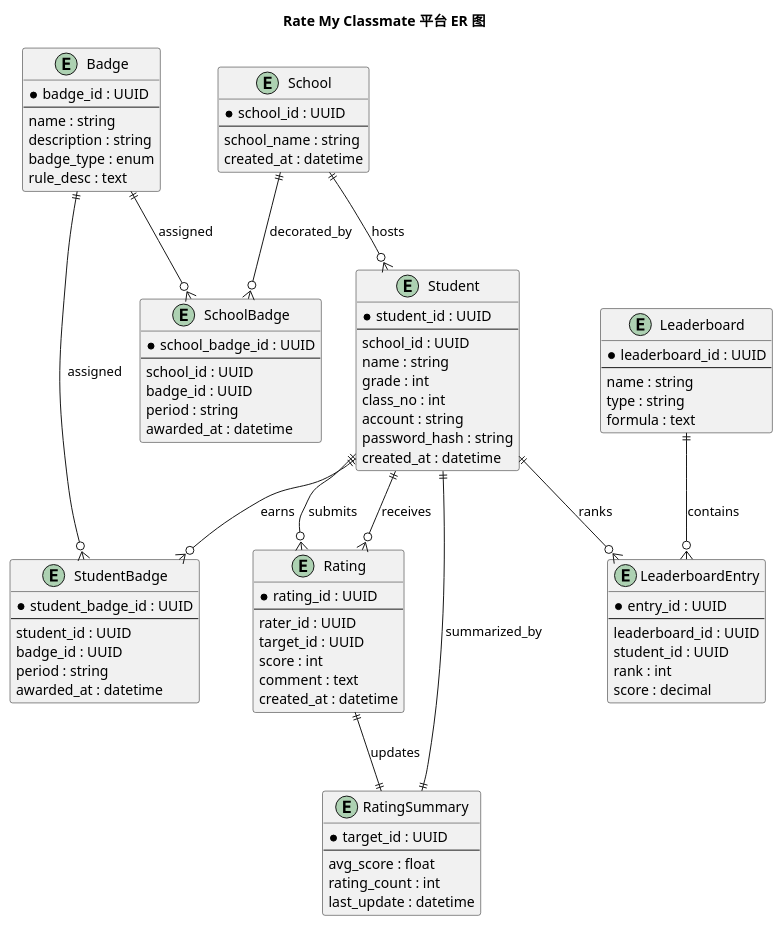
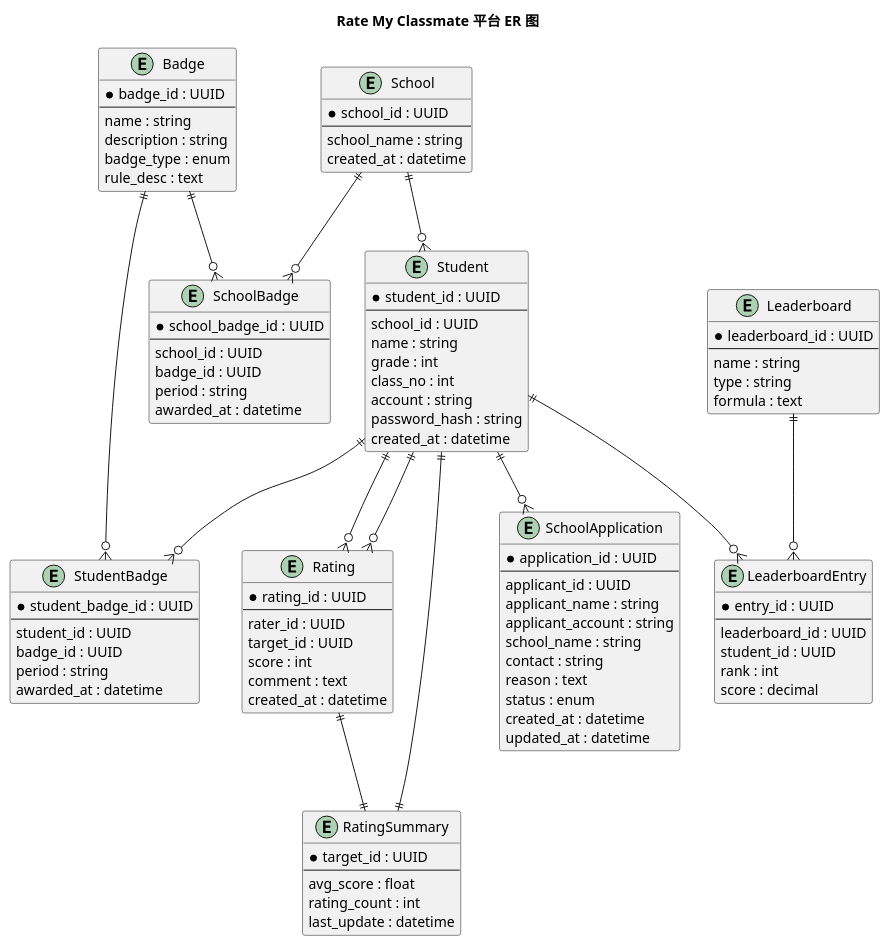
One commit to Tylerzhangyi/Rate-Classmates changed the diagram in er-diagram.puml. Above: the diagram before and after it, drawn with PlantUML. The commit also changed 27 other files, not shown here.

```diff
--- a/er-diagram.puml
+++ b/er-diagram.puml
@@ -1,97 +1,112 @@
 @startuml RateMyClassmateER
 title Rate My Classmate 平台 ER 图
 
 entity Student {
   *student_id : UUID
   ---
   school_id : UUID
   name : string
   grade : int
   class_no : int
   account : string
   password_hash : string
   created_at : datetime
 }
 
 entity School {
   *school_id : UUID
   ---
   school_name : string
   created_at : datetime
 }
 
 entity Rating {
   *rating_id : UUID
   ---
   rater_id : UUID
   target_id : UUID
   score : int
   comment : text
   created_at : datetime
 }
 
 entity RatingSummary {
   *target_id : UUID
   ---
   avg_score : float
   rating_count : int
   last_update : datetime
 }
 
 entity Badge {
   *badge_id : UUID
   ---
   name : string
   description : string
   badge_type : enum
   rule_desc : text
 }
 
 entity StudentBadge {
   *student_badge_id : UUID
   ---
   student_id : UUID
   badge_id : UUID
   period : string
   awarded_at : datetime
 }
 
 entity SchoolBadge {
   *school_badge_id : UUID
   ---
   school_id : UUID
   badge_id : UUID
   period : string
   awarded_at : datetime
 }
 
 entity Leaderboard {
   *leaderboard_id : UUID
   ---
   name : string
   type : string
   formula : text
 }
 
 entity LeaderboardEntry {
   *entry_id : UUID
   ---
   leaderboard_id : UUID
   student_id : UUID
   rank : int
   score : decimal
 }
 
-School ||--o{ Student : hosts
-Student ||--o{ Rating : submits
-Student ||--o{ Rating : receives
-Student ||--|| RatingSummary : summarized_by
-Rating ||--|| RatingSummary : updates
-Student ||--o{ StudentBadge : earns
-Badge ||--o{ StudentBadge : assigned
-School ||--o{ SchoolBadge : decorated_by
-Badge ||--o{ SchoolBadge : assigned
-Leaderboard ||--o{ LeaderboardEntry : contains
-Student ||--o{ LeaderboardEntry : ranks
+entity SchoolApplication {
+  *application_id : UUID
+  ---
+  applicant_id : UUID
+  applicant_name : string
+  applicant_account : string
+  school_name : string
+  contact : string
+  reason : text
+  status : enum
+  created_at : datetime
+  updated_at : datetime
+}
+
+School ||--o{ Student
+Student ||--o{ Rating
+Student ||--o{ Rating
+Student ||--|| RatingSummary
+Rating ||--|| RatingSummary
+Student ||--o{ StudentBadge
+Badge ||--o{ StudentBadge
+School ||--o{ SchoolBadge
+Badge ||--o{ SchoolBadge
+Leaderboard ||--o{ LeaderboardEntry
+Student ||--o{ LeaderboardEntry
+Student ||--o{ SchoolApplication
 
 @enduml
```
